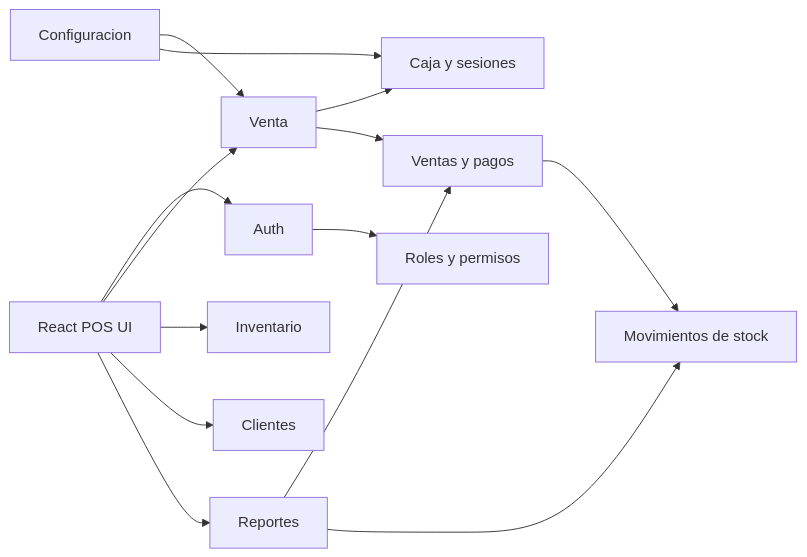
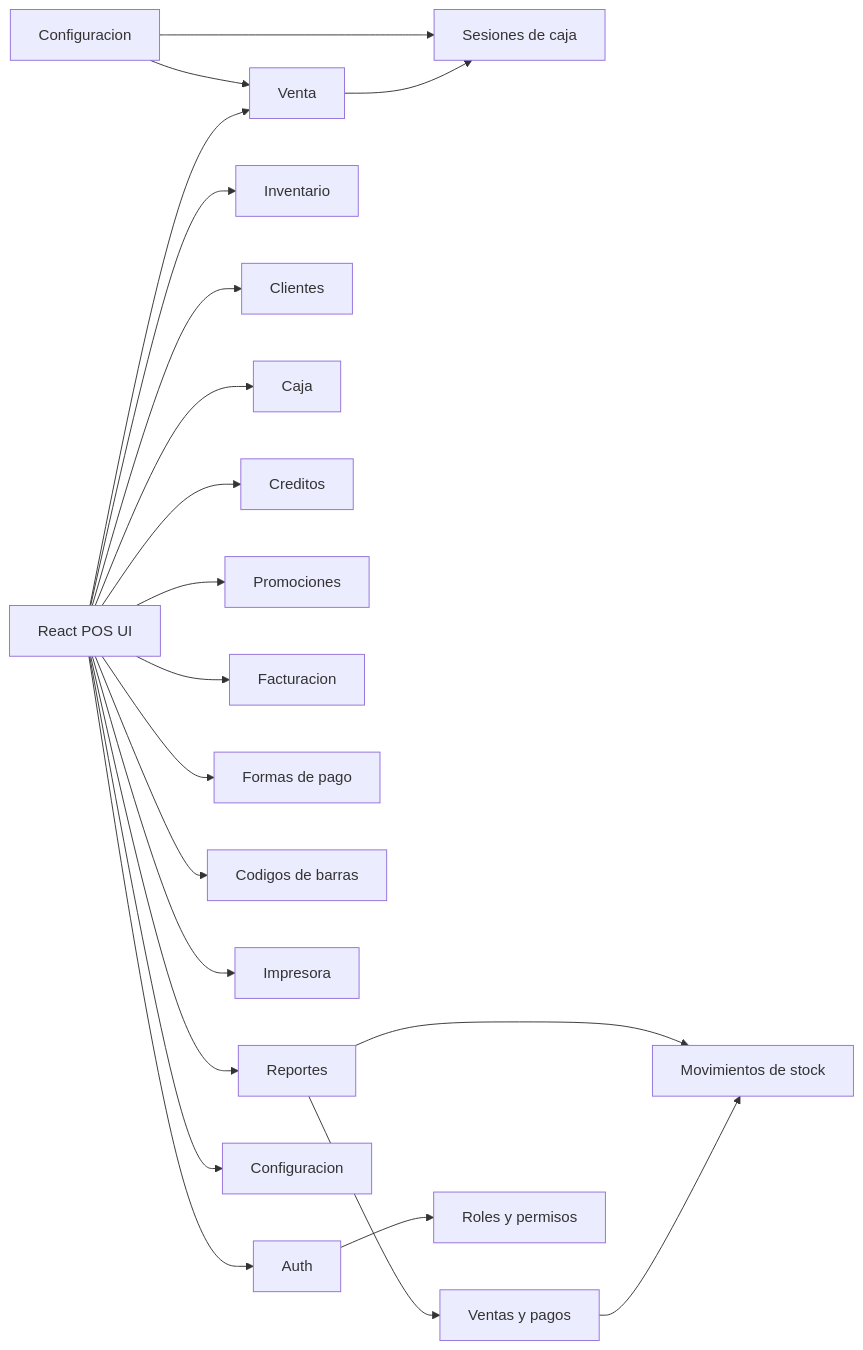
The diagram in docs/ARCHITECTURE.md (Shoropio/punto-de-venta), drawn with Mermaid before and after one commit. The commit also changed other lines of this file and 1 other file, not shown here.

Commit message:
Update documentation: ARCHITECTURE.md y README.md para reflejar modulos actuales

````diff
--- a/docs/ARCHITECTURE.md
+++ b/docs/ARCHITECTURE.md
@@ -16,16 +16,23 @@
 ```mermaid
 flowchart LR
   UI["React POS UI"] --> Auth["Auth"]
   UI --> POS["Venta"]
   UI --> Inventory["Inventario"]
   UI --> Customers["Clientes"]
+  UI --> Cash["Caja"]
+  UI --> Credit["Creditos"]
+  UI --> Promotions["Promociones"]
+  UI --> Invoices["Facturacion"]
+  UI --> Payments["Formas de pago"]
+  UI --> Barcodes["Codigos de barras"]
+  UI --> Printer["Impresora"]
   UI --> Reports["Reportes"]
-  POS --> Cash["Caja y sesiones"]
-  POS --> Sales["Ventas y pagos"]
-  Sales --> Stock["Movimientos de stock"]
+  UI --> Settings["Configuracion"]
+  POS --> CashSessions["Sesiones de caja"]
+  Sales["Ventas y pagos"] --> Stock["Movimientos de stock"]
   Reports --> Sales
   Reports --> Stock
   Auth --> Roles["Roles y permisos"]
   Config["Configuracion"] --> POS
-  Config --> Cash
+  Config --> CashSessions
 ```
````
